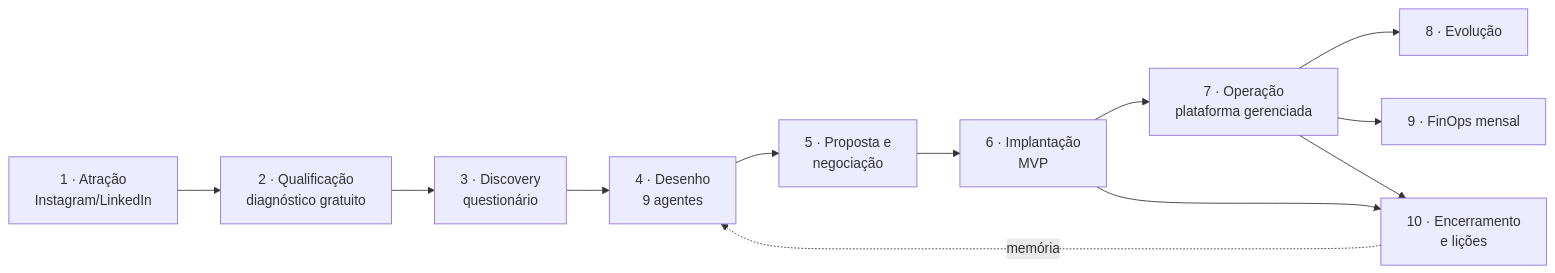
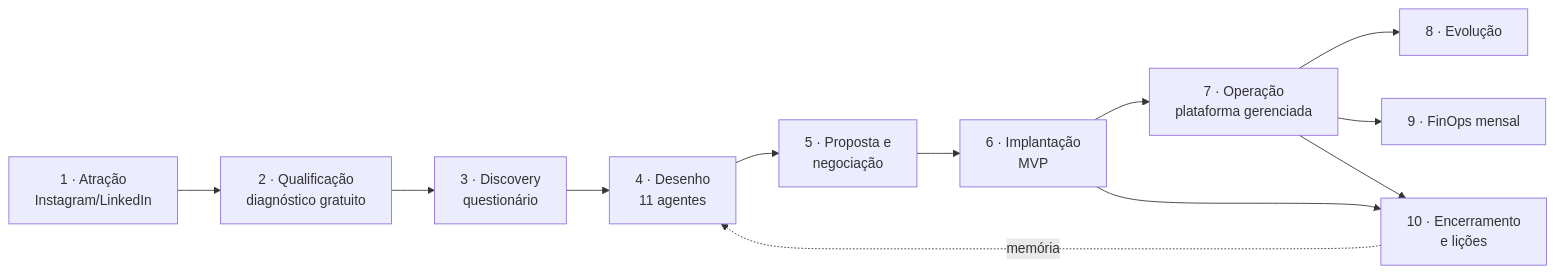
Before and after one commit to Guigarciarosa/gi: the first of 4 diagrams in plataforma-dados/docs/03-processos.md, drawn with Mermaid. The commit also changed other lines of this file and 69 other files, not shown here.

````diff
--- a/plataforma-dados/docs/03-processos.md
+++ b/plataforma-dados/docs/03-processos.md
@@ -7,13 +7,13 @@
 ```mermaid
 flowchart LR
   P1[1 · Atração<br/>Instagram/LinkedIn] --> P2[2 · Qualificação<br/>diagnóstico gratuito]
   P2 --> P3[3 · Discovery<br/>questionário]
-  P3 --> P4[4 · Desenho<br/>9 agentes]
+  P3 --> P4[4 · Desenho<br/>11 agentes]
   P4 --> P5[5 · Proposta e<br/>negociação]
   P5 --> P6[6 · Implantação<br/>MVP]
   P6 --> P7[7 · Operação<br/>plataforma gerenciada]
   P7 --> P8[8 · Evolução]
   P7 --> P9[9 · FinOps mensal]
   P6 & P7 --> P10[10 · Encerramento<br/>e lições]
   P10 -. memória .-> P4
 ```
````
